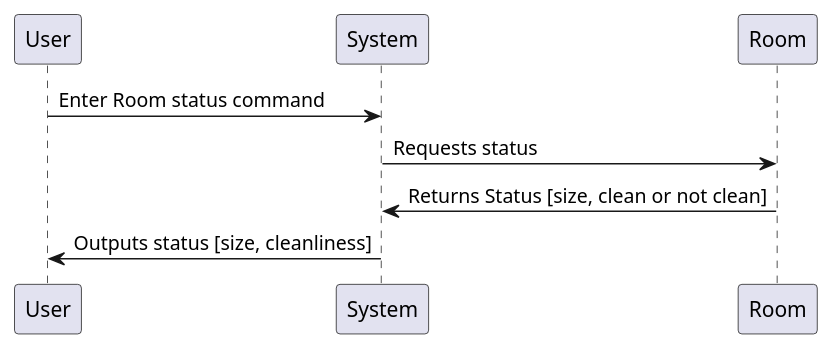
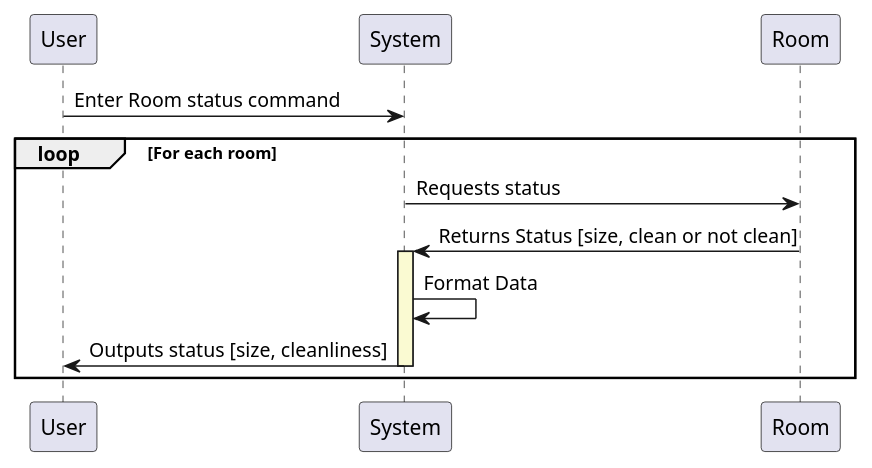
Before and after one commit to arisk02/robot-fleet-management-system: the diagram in docs/design/sequence_diagrams/room_status.puml, drawn with PlantUML. The commit also changed 1 other file, not shown here.

Commit message:
Added a loop and a lifeline for formatting data

```diff
--- a/docs/design/sequence_diagrams/room_status.puml
+++ b/docs/design/sequence_diagrams/room_status.puml
@@ -1,8 +1,13 @@
 @startuml
 
-User ->  System: Enter Room status command 
+User ->  System: Enter Room status command
+loop For each room
 System -> Room: Requests status
 Room -> System: Returns Status [size, clean or not clean]
+activate System #LightGoldenRodYellow
+System -> System : Format Data
 System -> User: Outputs status [size, cleanliness]
+deactivate
+end
 
 @enduml
```
